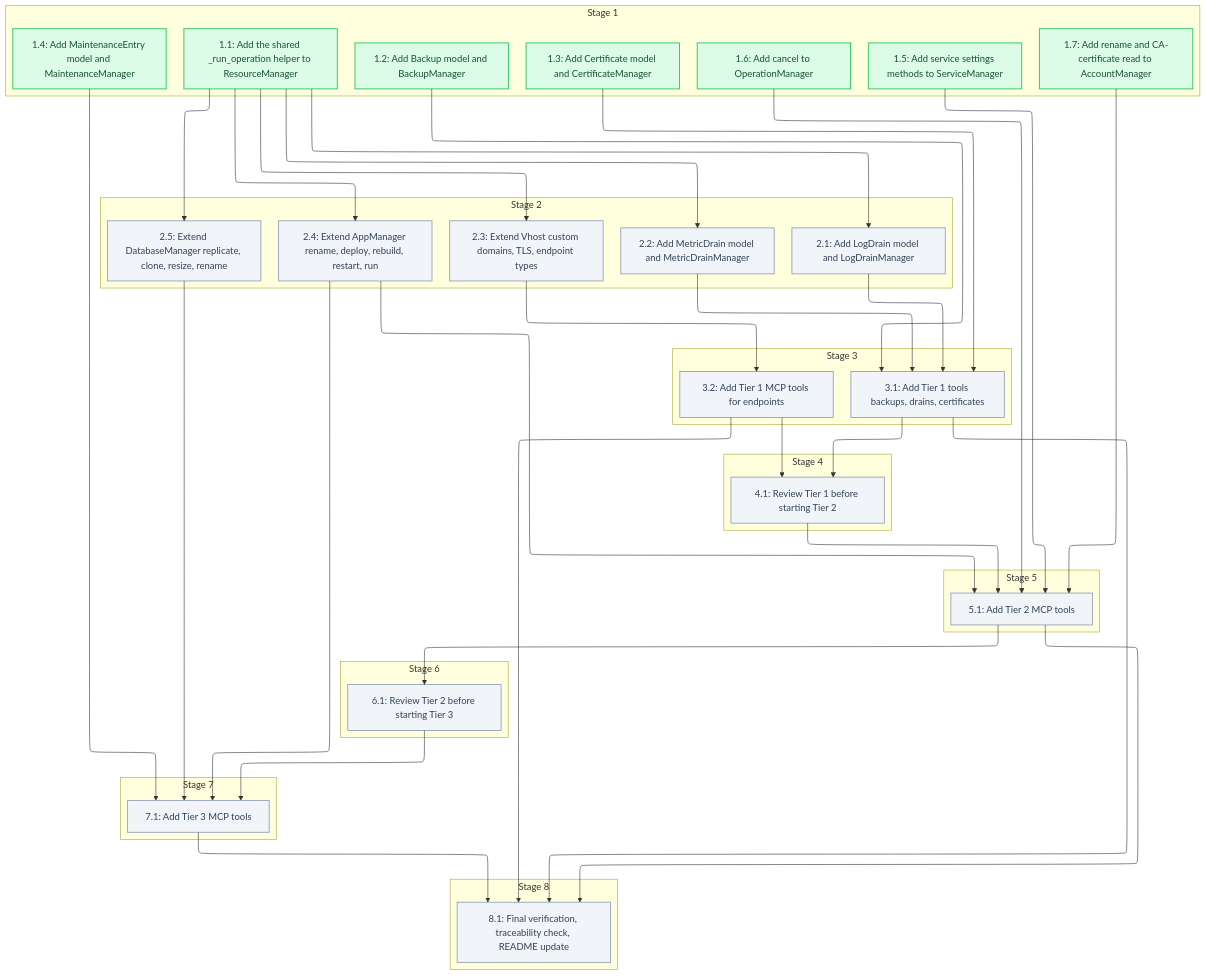
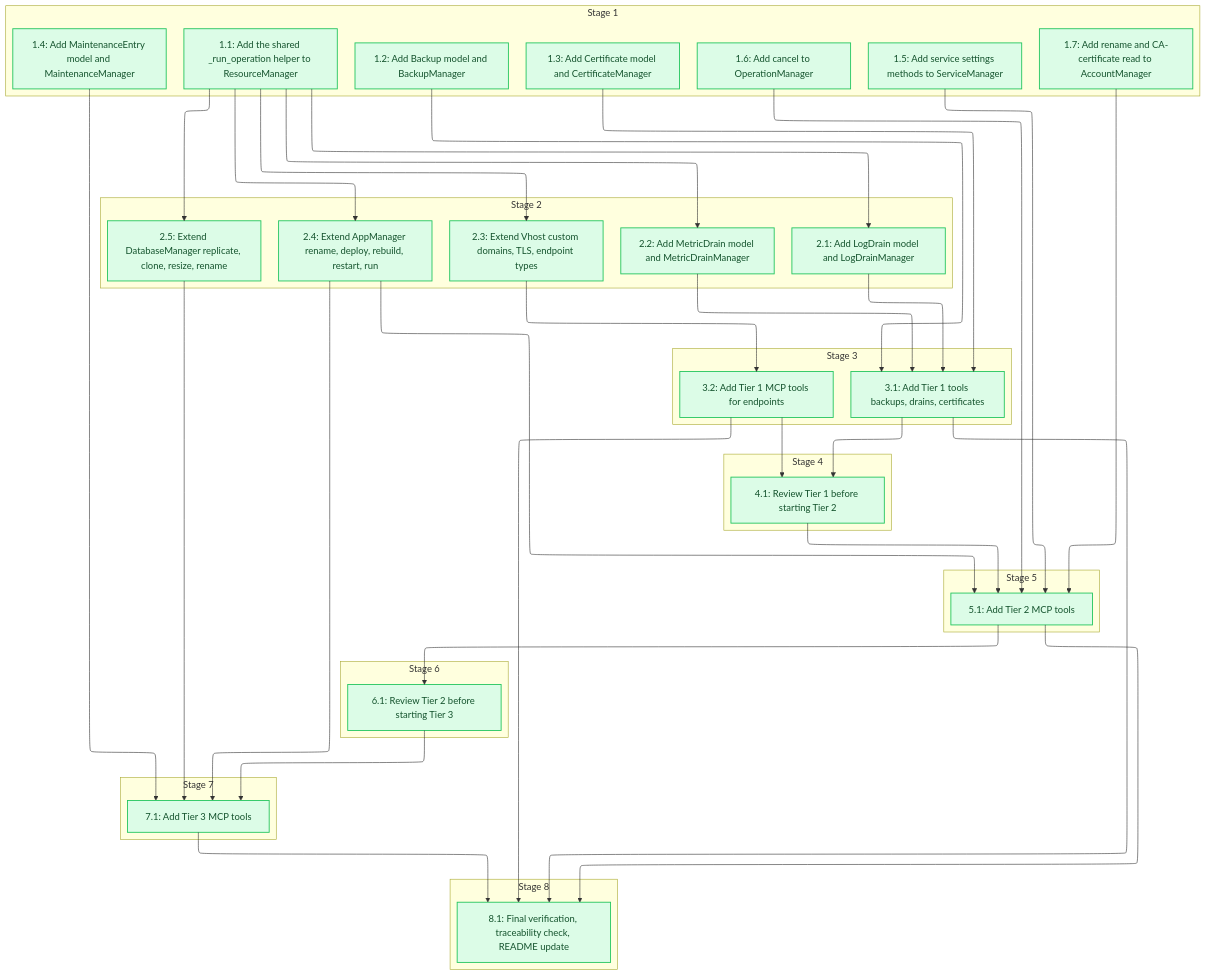
The diagram in .specs/mcp-api-parity/04_tasks.md (sohampatwardhan/aptible-mcp), drawn with Mermaid before and after one commit. The commit also changed other lines of this file and 8 other files, not shown here.

````diff
--- a/.specs/mcp-api-parity/04_tasks.md
+++ b/.specs/mcp-api-parity/04_tasks.md
@@ -10,7 +10,6 @@
 %%{init: {'flowchart': {'defaultRenderer': 'elk'}}}%%
 flowchart TD
   classDef done fill:#dcfce7,stroke:#22c55e,stroke-width:1.5px,color:#14532d
-  classDef pending fill:#f1f5f9,stroke:#94a3b8,stroke-width:1.5px,color:#334155
   subgraph n_stage_1["Stage 1"]
     n_1_1@{ shape: rect, label: "1.1: Add the shared _run_operation helper to ResourceManager" }
     n_1_2@{ shape: rect, label: "1.2: Add Backup model and BackupManager" }
@@ -79,16 +78,16 @@
   class n_1_5 done
   class n_1_6 done
   class n_1_7 done
-  class n_2_1 pending
-  class n_2_2 pending
-  class n_2_3 pending
-  class n_2_4 pending
-  class n_2_5 pending
-  class n_3_1 pending
-  class n_3_2 pending
-  class n_4_1 pending
-  class n_5_1 pending
-  class n_6_1 pending
-  class n_7_1 pending
-  class n_8_1 pending
+  class n_2_1 done
+  class n_2_2 done
+  class n_2_3 done
+  class n_2_4 done
+  class n_2_5 done
+  class n_3_1 done
+  class n_3_2 done
+  class n_4_1 done
+  class n_5_1 done
+  class n_6_1 done
+  class n_7_1 done
+  class n_8_1 done
 ```
````
